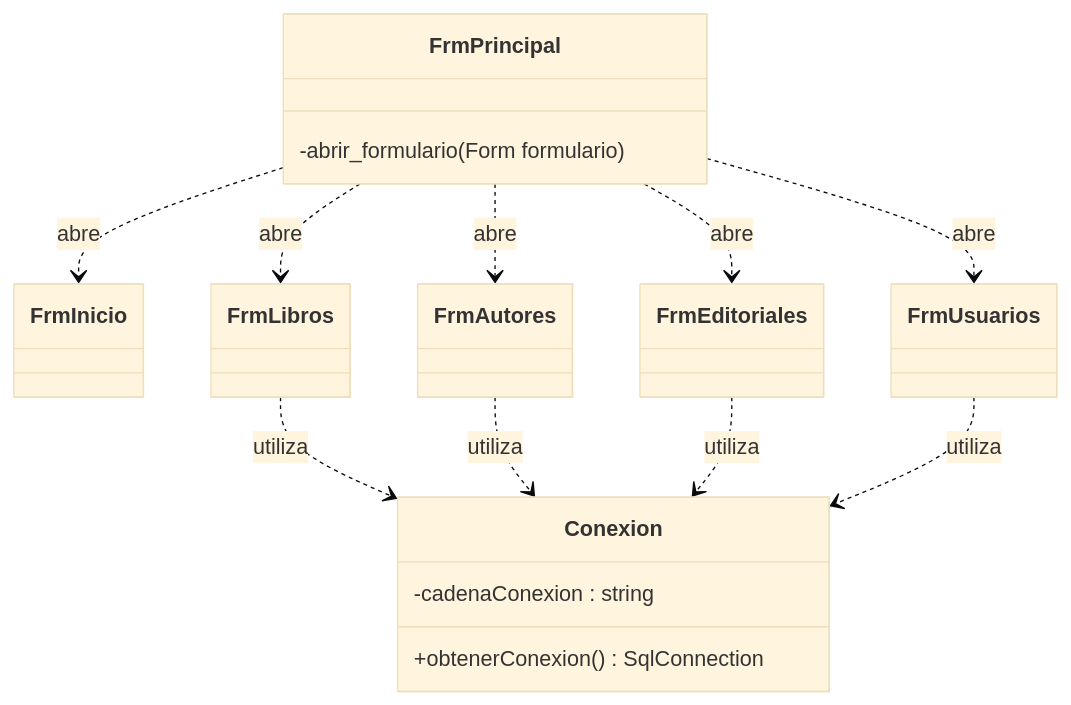
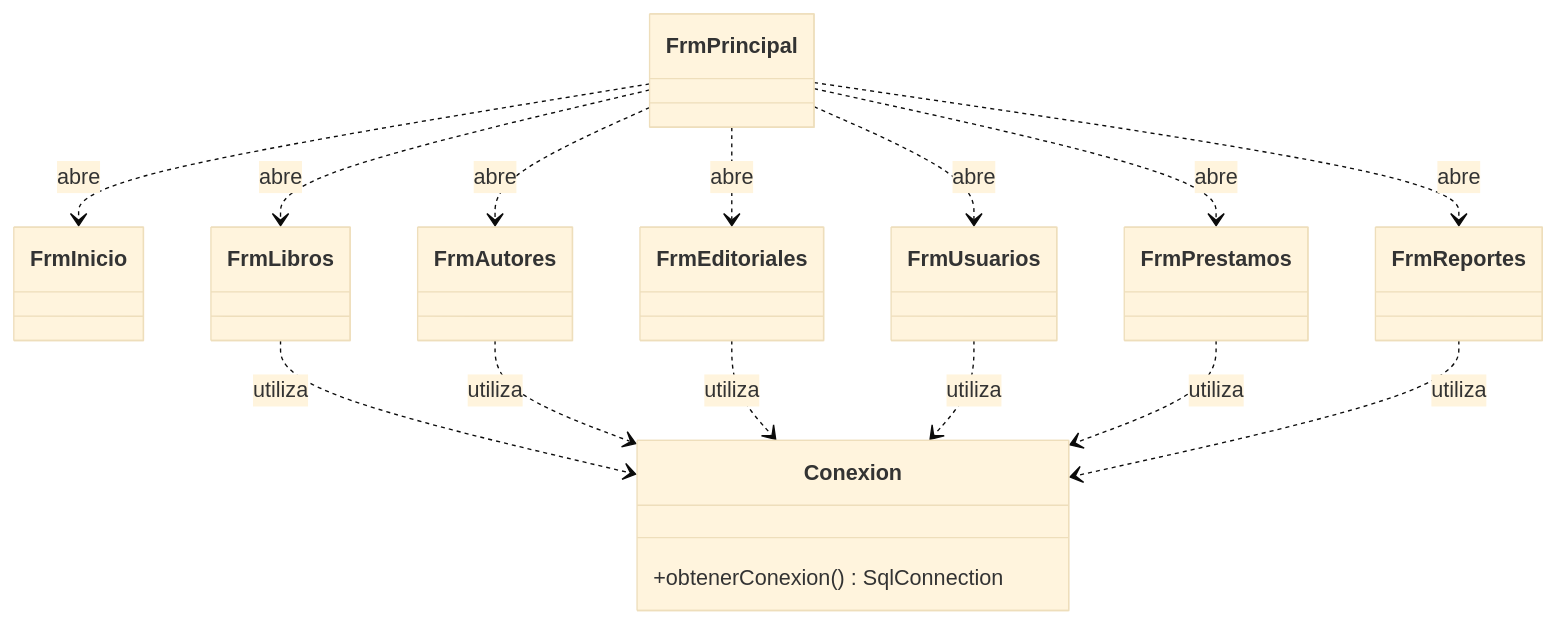
The first of 3 diagrams in Documentacion.md (cesaralbino-hub/AcaBiblioteca), drawn with Mermaid (base theme) before and after one commit. The commit also changed other lines of this file and 12 other files, not shown here.

````diff
--- a/Documentacion.md
+++ b/Documentacion.md
@@ -183,24 +202,27 @@
 ```mermaid
 classDiagram
-    class FrmPrincipal {
-      -abrir_formulario(Form formulario)
-    }
+    class FrmPrincipal
     class FrmInicio
     class FrmLibros
     class FrmAutores
     class FrmEditoriales
     class FrmUsuarios
+    class FrmPrestamos
+    class FrmReportes
     class Conexion {
-      -cadenaConexion : string
       +obtenerConexion() SqlConnection
     }
     FrmPrincipal ..> FrmInicio : abre
     FrmPrincipal ..> FrmLibros : abre
     FrmPrincipal ..> FrmAutores : abre
     FrmPrincipal ..> FrmEditoriales : abre
     FrmPrincipal ..> FrmUsuarios : abre
+    FrmPrincipal ..> FrmPrestamos : abre
+    FrmPrincipal ..> FrmReportes : abre
     FrmLibros ..> Conexion : utiliza
     FrmAutores ..> Conexion : utiliza
     FrmEditoriales ..> Conexion : utiliza
     FrmUsuarios ..> Conexion : utiliza
+    FrmPrestamos ..> Conexion : utiliza
+    FrmReportes ..> Conexion : utiliza
 ```
````
